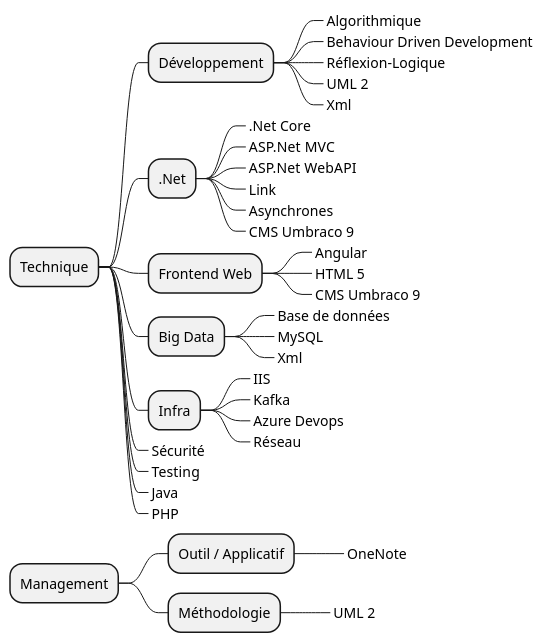
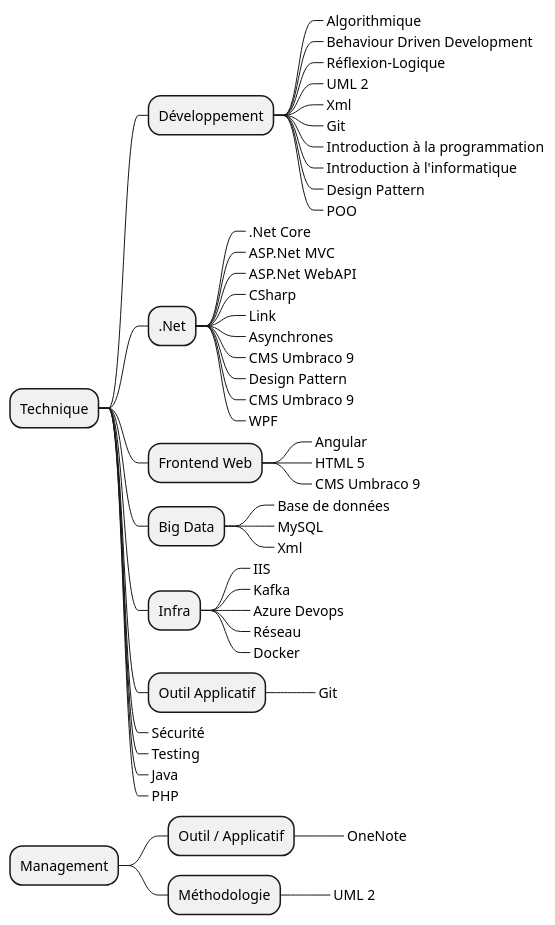
The diagram in diagram/themes/actual.puml (diplomegalo/roadmap), drawn with PlantUML before and after one commit. The commit also changed 1 other file, not shown here.

```diff
--- a/diagram/themes/actual.puml
+++ b/diagram/themes/actual.puml
@@ -1,47 +1,60 @@
 @startmindmap
 * Technique
 
 ** Développement
 ***_ Algorithmique
 ***_ Behaviour Driven Development
 ***_ Réflexion-Logique
 ***_ UML 2
 ***_ Xml
+***_ Git
+***_ Introduction à la programmation
+***_ Introduction à l'informatique
+***_ Design Pattern
+***_ POO
 
 ** .Net
 ***_ .Net Core
 ***_ ASP.Net MVC
 ***_ ASP.Net WebAPI
+***_ CSharp
 ***_ Link
 ***_ Asynchrones
 ***_ CMS Umbraco 9
+***_ Design Pattern
+***_ CMS Umbraco 9
+***_ WPF
 
 ** Frontend Web
 ***_ Angular
 ***_ HTML 5
 ***_ CMS Umbraco 9
 
 ** Big Data
 ***_ Base de données
 ***_ MySQL
 ***_ Xml
 
 ** Infra
 ***_ IIS
 ***_ Kafka
 ***_ Azure Devops
 ***_ Réseau
+***_ Docker
+
+** Outil Applicatif
+***_ Git
 
 **_ Sécurité
 **_ Testing
 **_ Java
 **_ PHP
 
 
 * Management
 ** Outil / Applicatif
 ***_ OneNote
 ** Méthodologie
 ***_ UML 2
 
 @endmindmap
```
